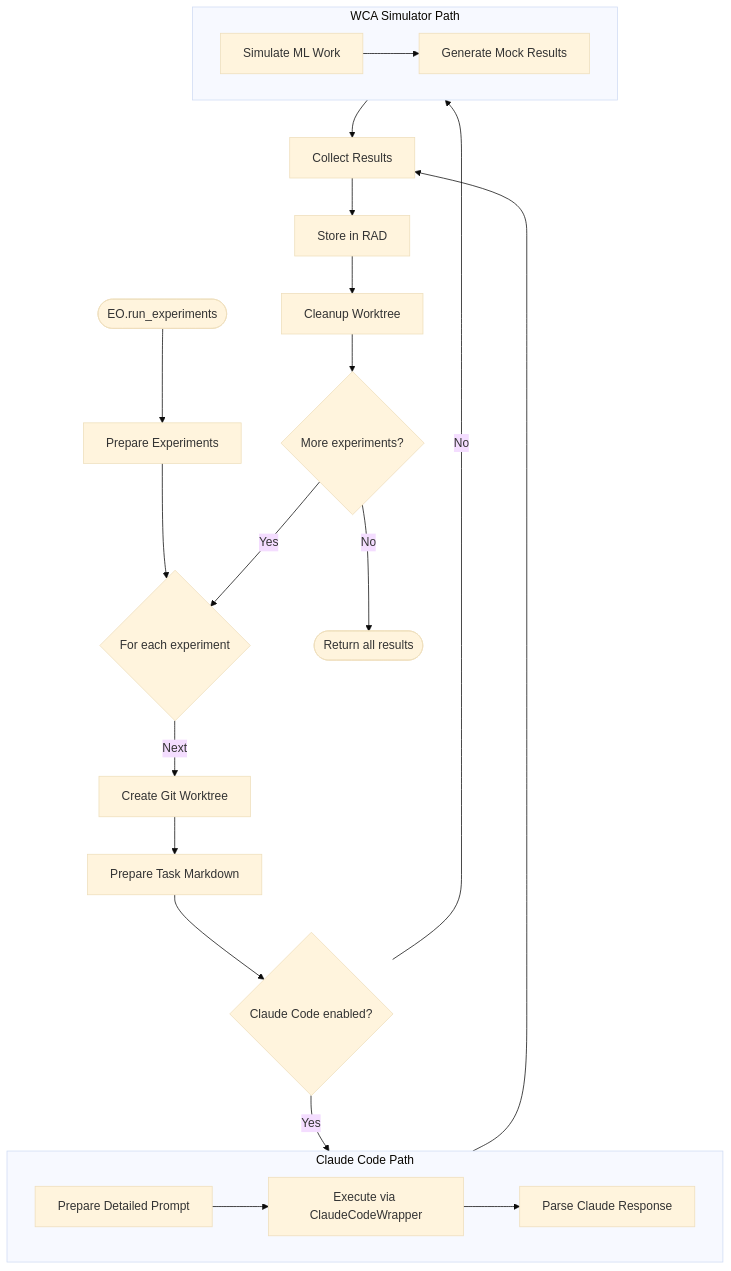
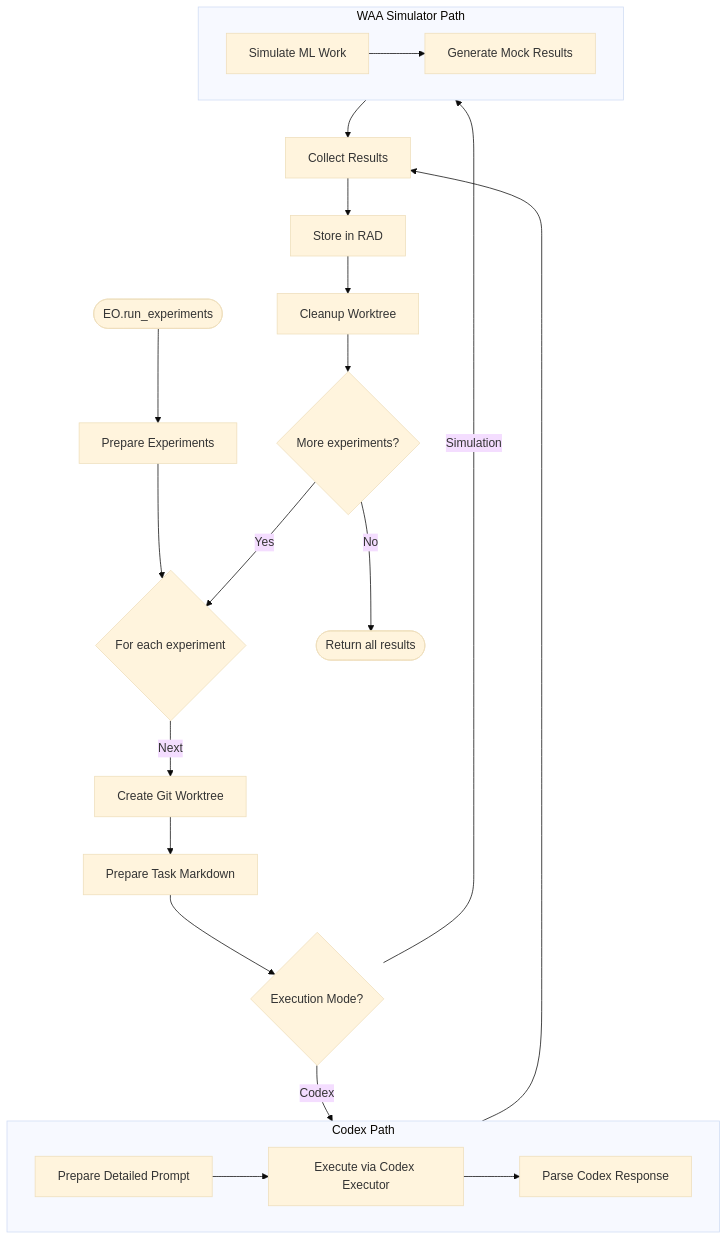
Before and after one commit to harutasti/kaggle_automation: the fourth of 8 diagrams in docs/architecture/SYSTEM_FLOW_DIAGRAM.md, drawn with Mermaid (base theme). The commit also changed other lines of this file and 27 other files, not shown here.

Commit message:
chore: switch to WAA naming and drop Claude Code

````diff
--- a/docs/architecture/SYSTEM_FLOW_DIAGRAM.md
+++ b/docs/architecture/SYSTEM_FLOW_DIAGRAM.md
@@ -161,34 +149,34 @@
 ```mermaid
 flowchart TB
     Start([EO.run_experiments]) --> PrepareExp[Prepare Experiments]
     
     PrepareExp --> Loop{For each experiment}
     Loop -->|Next| CreateBranch[Create Git Worktree]
     
     CreateBranch --> PrepareTask[Prepare Task Markdown]
-    PrepareTask --> ExecutorChoice{Claude Code enabled?}
+    PrepareTask --> ExecutorChoice{Execution Mode?}
     
-    ExecutorChoice -->|Yes| ClaudePath
-    ExecutorChoice -->|No| WCAPath
+    ExecutorChoice -->|Codex| CodexPath
+    ExecutorChoice -->|Simulation| WAAPath
     
-    subgraph ClaudePath [Claude Code Path]
+    subgraph CodexPath [Codex Path]
         PreparePrompt[Prepare Detailed Prompt]
-        PreparePrompt --> CallClaude[Execute via ClaudeCodeWrapper]
-        CallClaude --> ParseResponse[Parse Claude Response]
+        PreparePrompt --> CallCodex[Execute via Codex Executor]
+        CallCodex --> ParseResponse[Parse Codex Response]
     end
     
-    subgraph WCAPath [WCA Simulator Path]
+    subgraph WAAPath [WAA Simulator Path]
         SimulateWork[Simulate ML Work]
         SimulateWork --> GenerateResults[Generate Mock Results]
     end
     
-    ClaudePath --> CollectResults[Collect Results]
-    WCAPath --> CollectResults
+    CodexPath --> CollectResults[Collect Results]
+    WAAPath --> CollectResults
     
     CollectResults --> StoreRAD[Store in RAD]
     StoreRAD --> CleanupWorktree[Cleanup Worktree]
     
     CleanupWorktree --> MoreExp{More experiments?}
     MoreExp -->|Yes| Loop
     MoreExp -->|No| End([Return all results])
 ```
````
